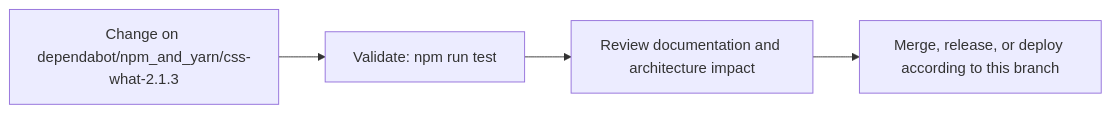
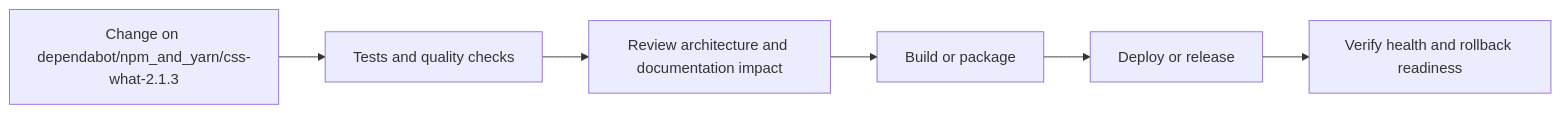
The fourth of 5 diagrams in README.md (Nischhalsubba/rismfp-ui), drawn with Mermaid before and after one commit. The commit also changed other lines of this file, not shown here.

````diff
--- a/README.md
+++ b/README.md
@@ -66,8 +135,8 @@
 ```mermaid
 flowchart LR
-    CHANGE["Change on dependabot/npm_and_yarn/css-what-2.1.3"]
-    CHECK["Validate: npm run test"]
-    REVIEW["Review documentation and architecture impact"]
-    RELEASE["Merge, release, or deploy according to this branch"]
-    CHANGE --> CHECK --> REVIEW --> RELEASE
+    CHANGE["Change on dependabot/npm_and_yarn/css-what-2.1.3"] --> CHECK["Tests and quality checks"]
+    CHECK --> REVIEW["Review architecture and documentation impact"]
+    REVIEW --> BUILD["Build or package"]
+    BUILD --> DEPLOY["Deploy or release"]
+    DEPLOY --> VERIFY["Verify health and rollback readiness"]
 ```
````
